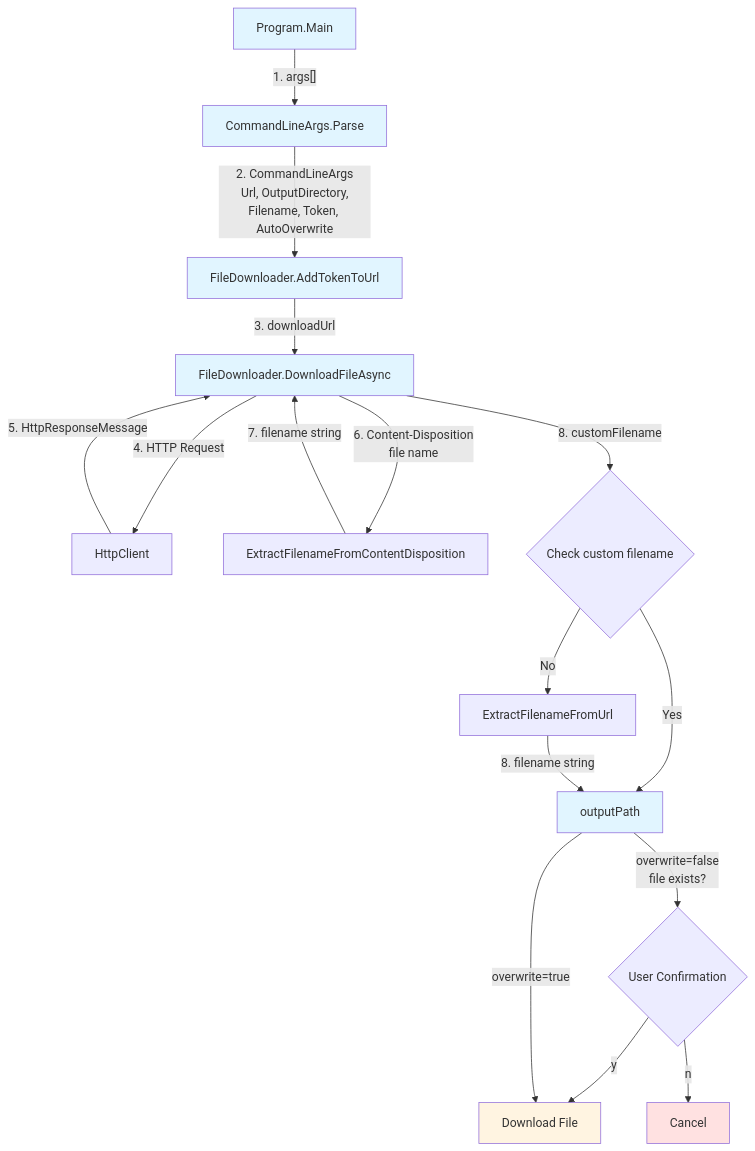
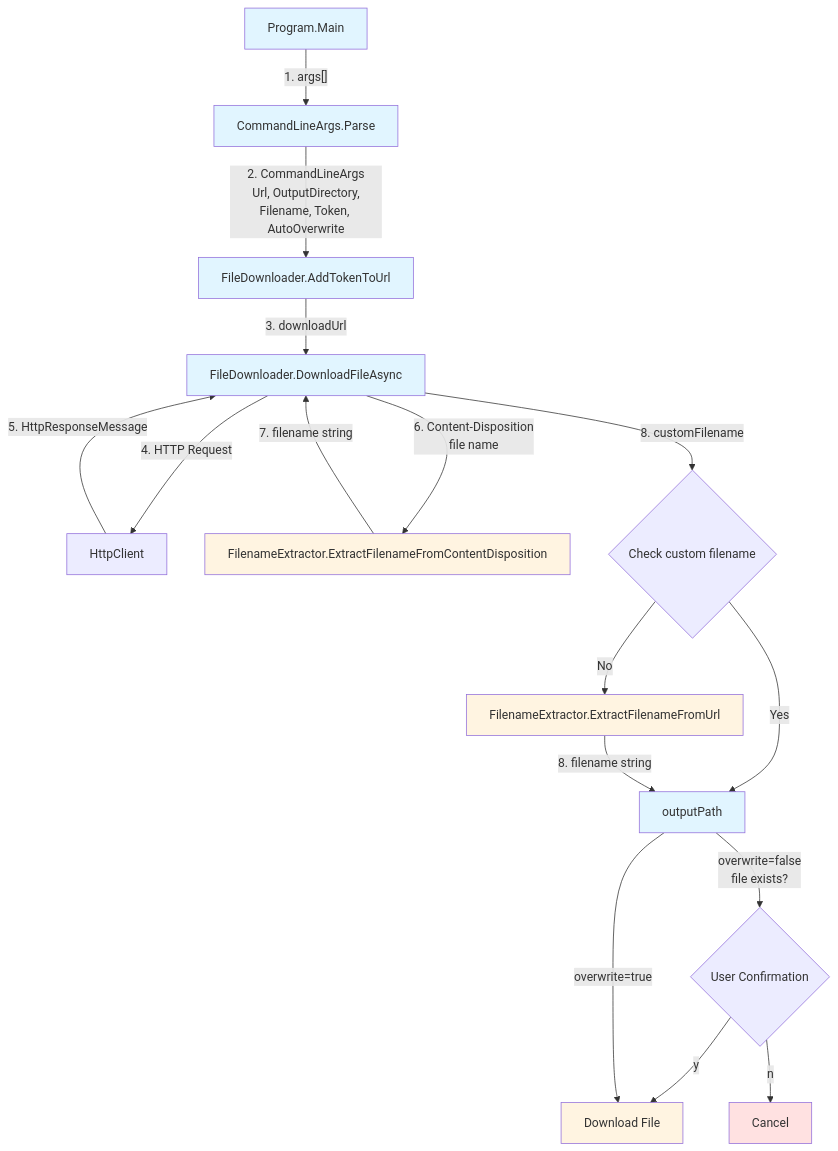
The second of 3 diagrams in docs/DATA_FLOW.md (patacchi/CivitaiDownloader), drawn with Mermaid before and after one commit. The commit also changed other lines of this file and 9 other files, not shown here.

````diff
--- a/docs/DATA_FLOW.md
+++ b/docs/DATA_FLOW.md
@@ -65,26 +70,28 @@
 ```mermaid
 flowchart TD
     A[Program.Main] -->|"1. args[]"| B[CommandLineArgs.Parse]
     B -->|2. CommandLineArgs<br/>Url, OutputDirectory,<br/>Filename, Token, AutoOverwrite| C[FileDownloader.AddTokenToUrl]
     C -->|3. downloadUrl| D[FileDownloader.DownloadFileAsync]
     D -->|4. HTTP Request| E[HttpClient]
     E -->|5. HttpResponseMessage| D
-    D -->|6. Content-Disposition<br/>file name| F[ExtractFilenameFromContentDisposition]
+    D -->|6. Content-Disposition<br/>file name| F[FilenameExtractor.ExtractFilenameFromContentDisposition]
     F -->|7. filename string| D
     D -->|8. customFilename| G{Check custom filename}
     G -->|Yes| I[outputPath]
-    G -->|No| H[ExtractFilenameFromUrl]
+    G -->|No| H[FilenameExtractor.ExtractFilenameFromUrl]
     H -->|8. filename string| I[outputPath]
     I -->|overwrite=false<br/>file exists?| J{User Confirmation}
     J -->|y| Q[Download File]
     J -->|n| N[Cancel]
     I -->|overwrite=true| Q
     
     style A fill:#e1f5ff
     style B fill:#e1f5ff
     style C fill:#e1f5ff
     style D fill:#e1f5ff
     style I fill:#e1f5ff
     style Q fill:#fff4e1
     style N fill:#ffe1e1
+    style F fill:#fff4e1
+    style H fill:#fff4e1
 ```
````
